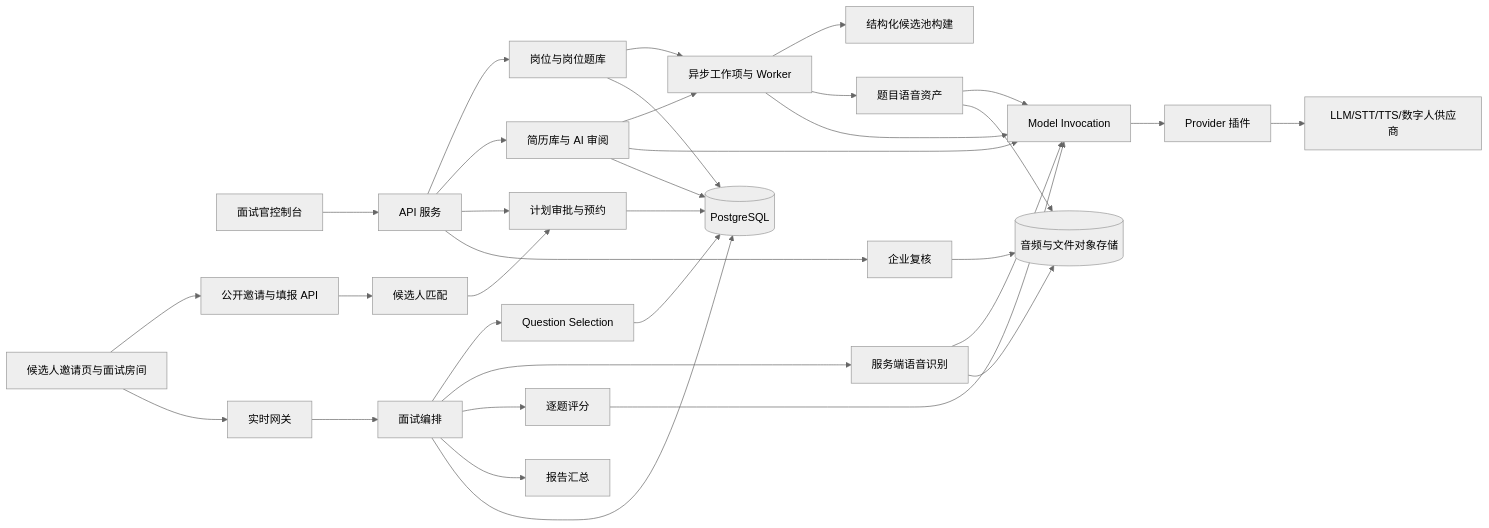
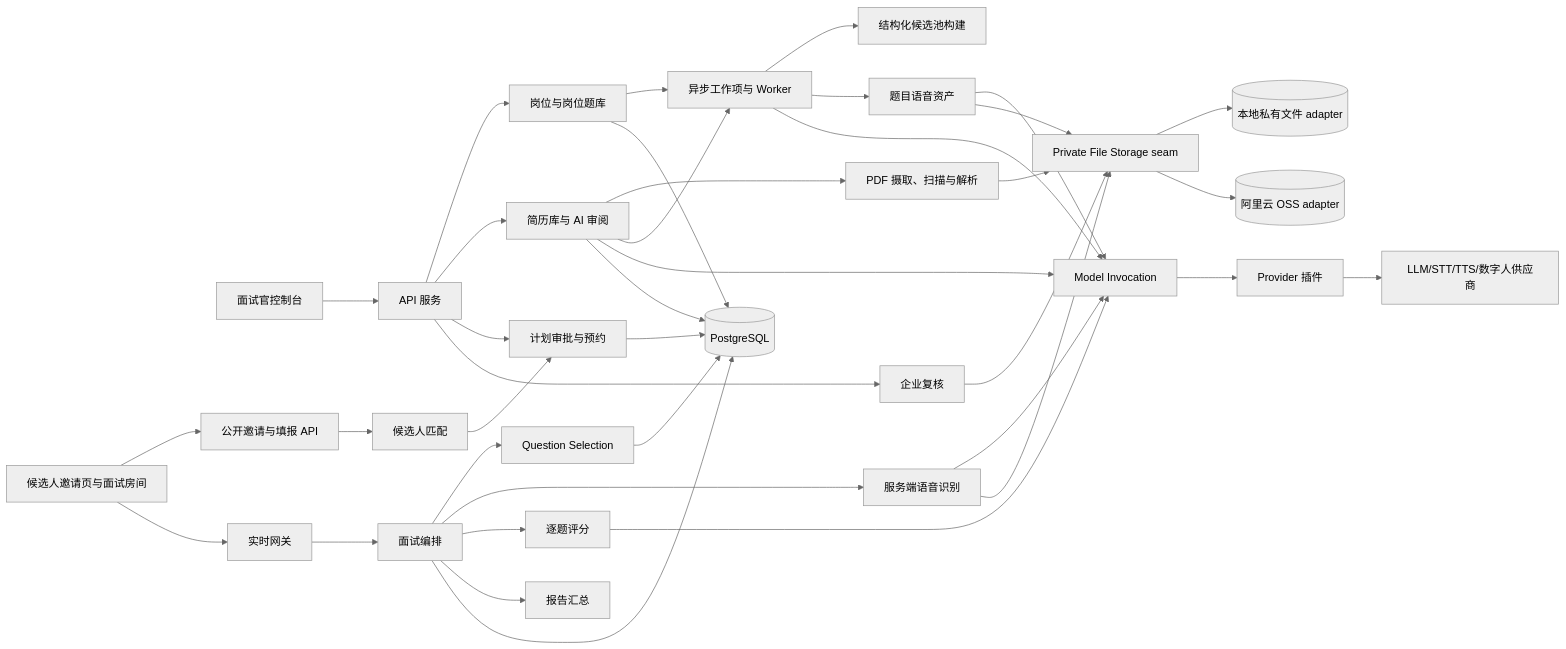
One commit to zwj19980929-netizen/interview changed the first of 2 diagrams in docs/architecture.md. Above: the diagram before and after it, drawn with Mermaid (neutral theme). The commit also changed other lines of this file and 104 other files, not shown here.

````diff
--- a/docs/architecture.md
+++ b/docs/architecture.md
@@ -27,36 +27,40 @@
 ```mermaid
 flowchart LR
   Interviewer[面试官控制台] --> API[API 服务]
   Candidate[候选人邀请页与面试房间] --> PublicAPI[公开邀请与填报 API]
   Candidate --> RT[实时网关]
   API --> Position[岗位与岗位题库]
   API --> Resume[简历库与 AI 审阅]
+  Resume --> ResumeIngest[PDF 摄取、扫描与解析]
+  ResumeIngest --> FileStorage[Private File Storage seam]
   API --> Plan[计划审批与预约]
   API --> Review[企业复核]
   PublicAPI --> Match[候选人匹配]
   Match --> Plan
   Position --> Jobs[异步工作项与 Worker]
   Resume --> Jobs
   Jobs --> PoolBuild[结构化候选池构建]
   Jobs --> SpeechAsset[题目语音资产]
   Jobs --> Gateway[Model Invocation]
   RT --> Orchestrator[面试编排]
   Orchestrator --> Selection[Question Selection]
   Selection --> DB
   Orchestrator --> Speech[服务端语音识别]
   Orchestrator --> Evaluation[逐题评分]
   Orchestrator --> Report[报告汇总]
   Speech --> Gateway
   Evaluation --> Gateway
   Resume --> Gateway
   SpeechAsset --> Gateway
   Gateway --> Providers[Provider 插件]
   Providers --> Vendors[LLM/STT/TTS/数字人供应商]
   Position --> DB[(PostgreSQL)]
   Resume --> DB
   Plan --> DB
   Orchestrator --> DB
-  SpeechAsset --> ObjectStore[(音频与文件对象存储)]
-  Speech --> ObjectStore
-  Review --> ObjectStore
+  FileStorage --> LocalFiles[(本地私有文件 adapter)]
+  FileStorage --> AliyunOSS[(阿里云 OSS adapter)]
+  SpeechAsset --> FileStorage
+  Speech --> FileStorage
+  Review --> FileStorage
 ```
````
